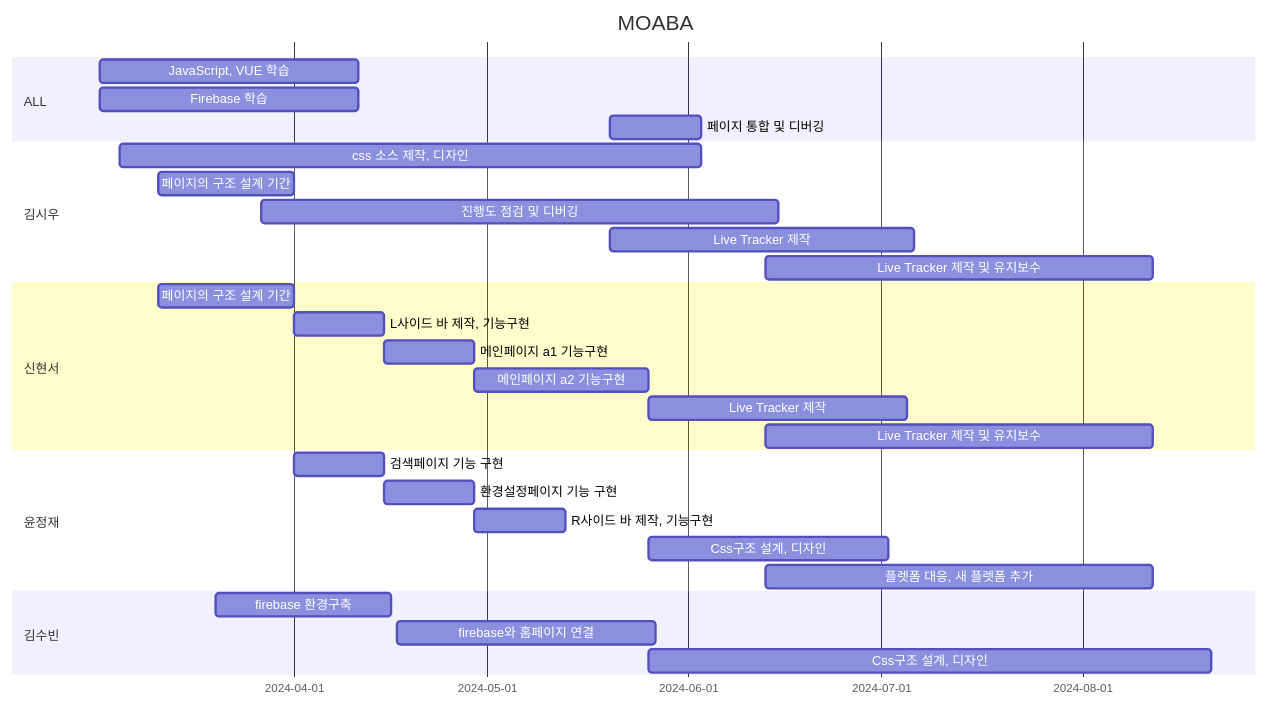
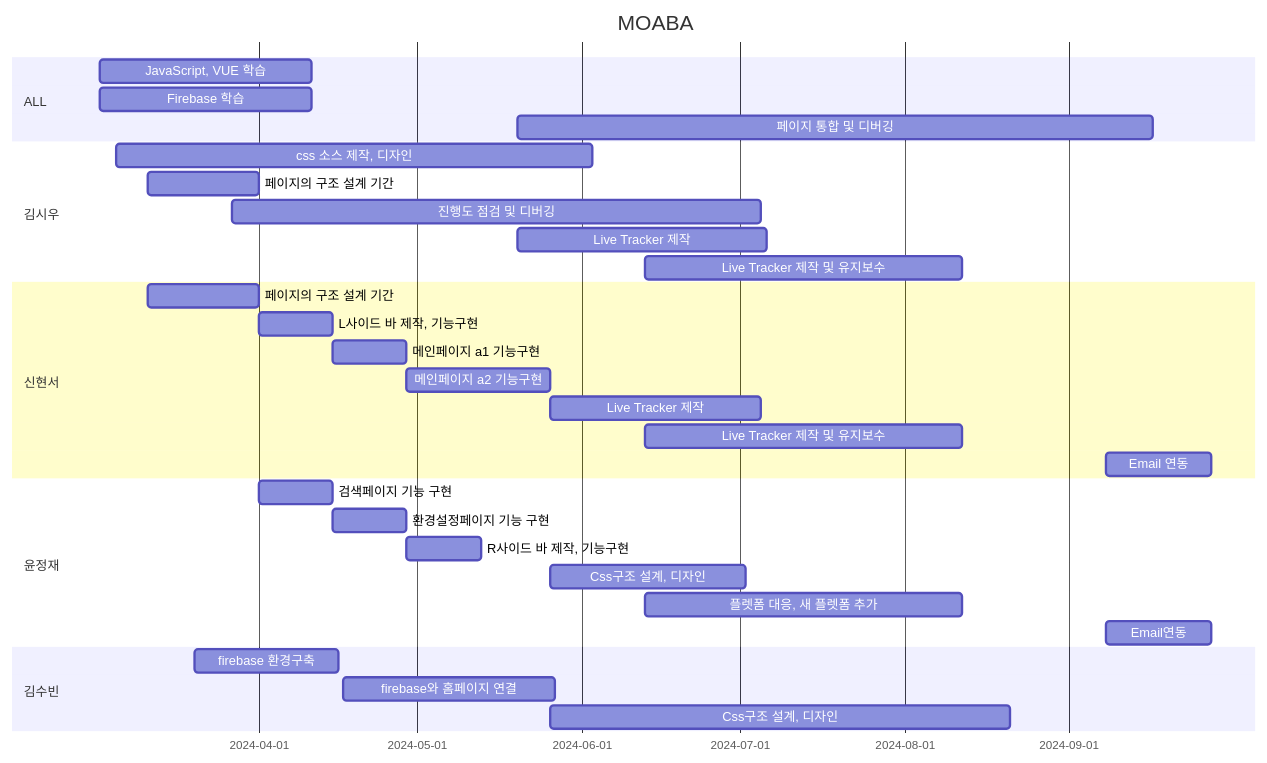
The diagram in README.md (kimsiwoo12/kimsiwoo12), drawn with Mermaid before and after one commit.

````diff
--- a/README.md
+++ b/README.md
@@ -8,37 +8,39 @@
 ```mermaid
 gantt
     title MOABA
     dateFormat  YYYY-MM-DD
 
     section ALL
     JavaScript, VUE 학습     :a1, 2024-03-02, 40d
     Firebase 학습            :a2, 2024-03-02, 40d
-    페이지 통합 및 디버깅    :a3, 2024-05-20, 14d
+    페이지 통합 및 디버깅    :a3, 2024-05-20, 120d
 
     section 김시우
     css 소스 제작, 디자인    :a1, 2024-03-05, 90d
     페이지의 구조 설계 기간  :a2, 2024-03-11, 21d
-    진행도 점검 및 디버깅    :a3, 2024-03-27, 80d
+    진행도 점검 및 디버깅    :a3, 2024-03-27, 100d
     Live Tracker 제작        :a4, 2024-05-20, 47d
     Live Tracker 제작 및 유지보수 :a5, 2024-06-13, 60d
 
     section 신현서
     페이지의 구조 설계 기간     :a1, 2024-03-11, 21d
     L사이드 바 제작, 기능구현   :a2, 2024-04-01, 14d
     메인페이지 a1 기능구현      :a3, 2024-04-15, 14d
     메인페이지 a2 기능구현      :a4, 2024-04-29, 27d
     Live Tracker 제작           :a5, 2024-05-26, 40d
     Live Tracker 제작 및 유지보수 :a6, 2024-06-13, 60d
+    Email 연동                  :a7, 2024-09-08, 20d
 
     section 윤정재
     검색페이지 기능 구현          :a1, 2024-04-01, 14d
     환경설정페이지 기능 구현      :a2, 2024-04-15, 14d
     R사이드 바 제작, 기능구현     :a3, 2024-04-29, 14d
     Css구조 설계, 디자인          :a4, 2024-05-26, 37d
     플렛폼 대응, 새 플렛폼 추가    :a5, 2024-06-13, 60d
+    Email연동                    :a6, 2024-09-08, 20d
 
     section 김수빈
     firebase 환경구축        :a1, 2024-03-20, 27d
     firebase와 홈페이지 연결 :a2, 2024-04-17, 40d
     Css구조 설계, 디자인     :a3, 2024-05-26, 87d
 ```
````
